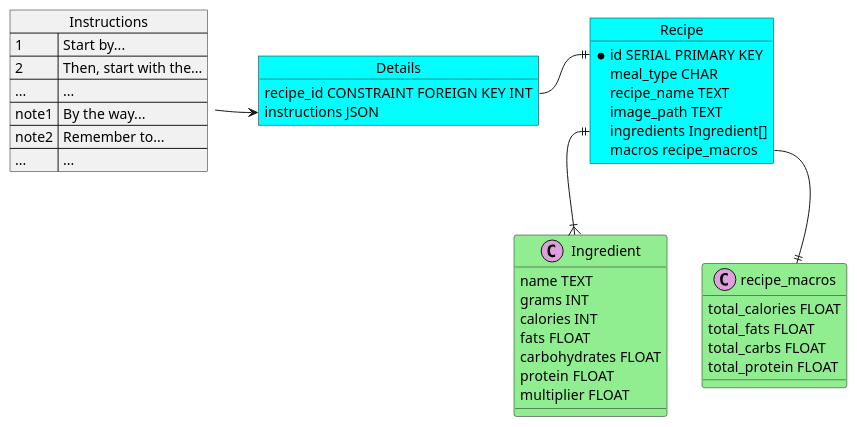
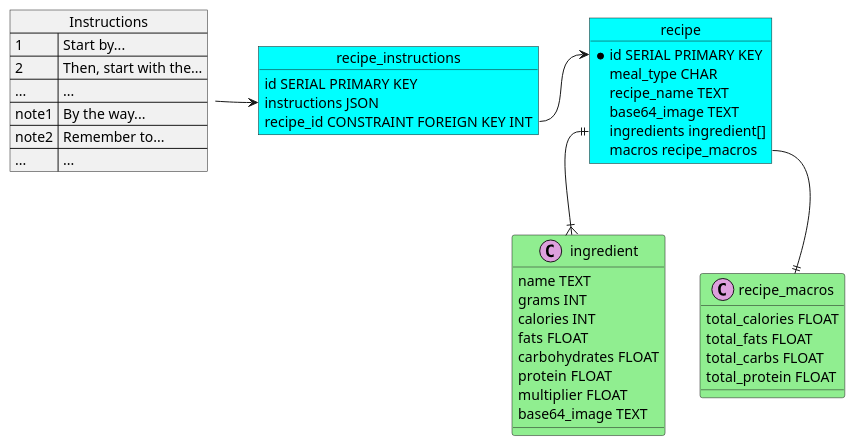
Before and after one commit to LegendsAndreas/kitchen-app: the first of 4 diagrams in DatabaseDiagram.puml, drawn with PlantUML. The commit also changed 19 other files, not shown here.

First line of the commit message:
Add support for managing recipe instructions in the database

```diff
--- a/DatabaseDiagram.puml
+++ b/DatabaseDiagram.puml
@@ -1,61 +1,63 @@
 @startuml
 'DB Diagram
 skinparam class{
     BackgroundColor LightGreen
 }
 
 skinparam object{
     BackgroundColor Cyan
 }
 
 skinparam json{
     BackgroundColor Orange
 }
 
-object Recipe {
+object recipe {
     * id SERIAL PRIMARY KEY
     meal_type CHAR
     recipe_name TEXT
-    image_path TEXT
-    ingredients Ingredient[]
+    base64_image TEXT
+    ingredients ingredient[]
     macros recipe_macros
 }
 
-class Ingredient <<(C,plum)>>{
+class ingredient <<(C,plum)>>{
     name TEXT
     grams INT
     calories INT
     fats FLOAT
     carbohydrates FLOAT
     protein FLOAT
     multiplier FLOAT
+    base64_image TEXT
 }
 
 class recipe_macros <<(C,plum)>>{
     total_calories FLOAT
     total_fats FLOAT
     total_carbs FLOAT
     total_protein FLOAT
 }
 
-Recipe::ingredient ||--|{ Ingredient
-Recipe::macros --|| recipe_macros
+recipe::ingredient ||--|{ ingredient
+recipe::macros --|| recipe_macros
 
-object Details{
+object recipe_instructions{
+    id SERIAL PRIMARY KEY
+    instructions JSON
     recipe_id CONSTRAINT FOREIGN KEY INT
-    instructions JSON
 }
 
 json Instructions{
     "1":"Start by...",
     "2":"Then, start with the...",
     "...":"...",
     "note1":"By the way...",
     "note2":"Remember to...",
     "...":"..."
 }
 
-Details::recipe_id -|| Recipe::id
-Instructions -> Details::instructions
+recipe_instructions::recipe_id -> recipe::id
+Instructions -> recipe_instructions::instructions
 
 @enduml
```
